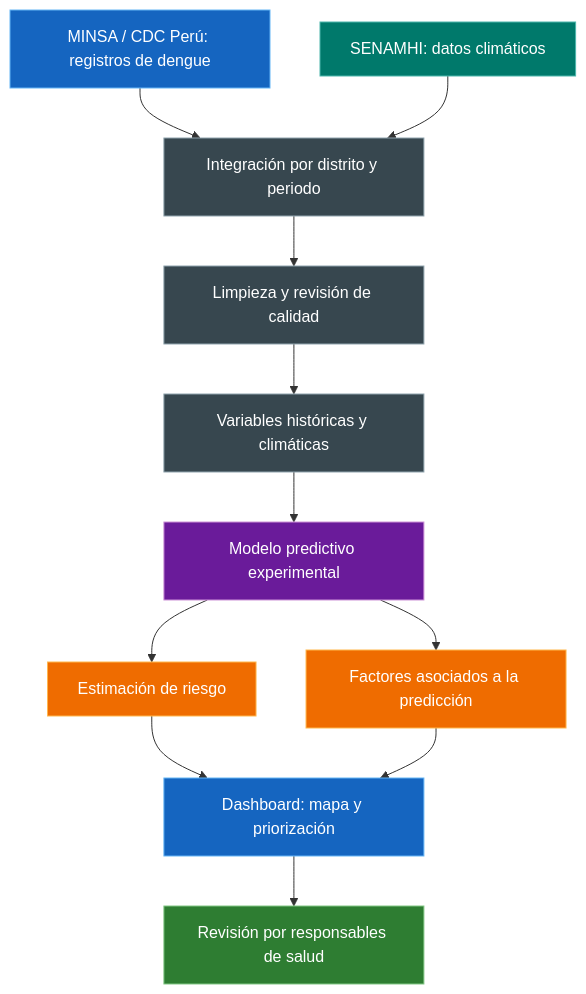
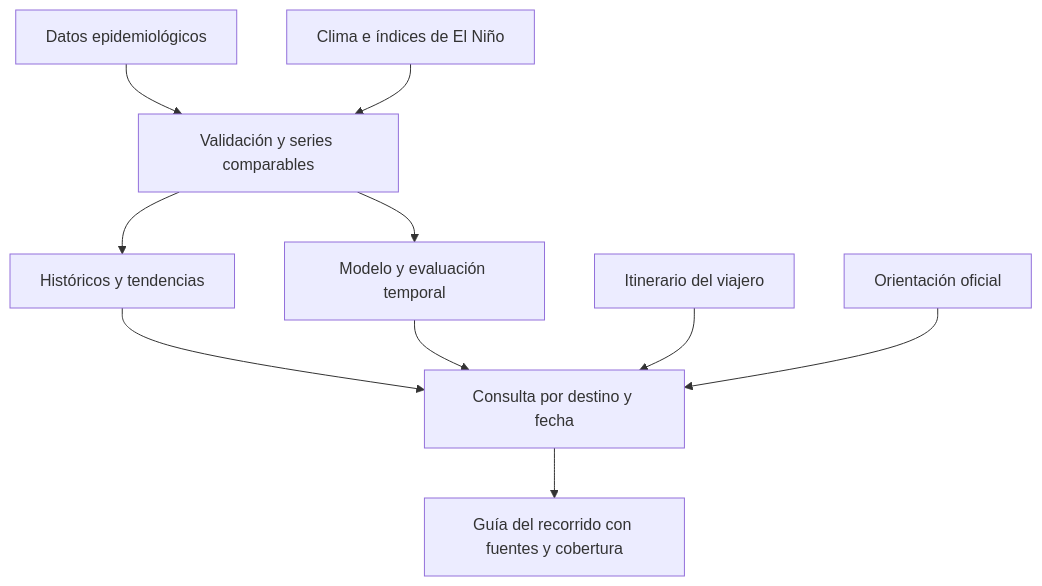
One commit to seale-code/hackaton changed the diagram in README.md. Above: the diagram before and after it, drawn with Mermaid. The commit also changed other lines of this file and 38 other files, not shown here.

Commit message:
docs: reorientar hackatón a guía del viajero en Sudamérica

````diff
--- a/README.md
+++ b/README.md
@@ -112,28 +52,12 @@
 ```mermaid
 flowchart TD
-    A["MINSA / CDC Perú: registros de dengue"] --> C["Integración por distrito y periodo"]
-    B["SENAMHI: datos climáticos"] --> C
-
-    C --> D["Limpieza y revisión de calidad"]
-    D --> E["Variables históricas y climáticas"]
-    E --> F["Modelo predictivo experimental"]
-
-    F --> G["Estimación de riesgo"]
-    F --> H["Factores asociados a la predicción"]
-
-    G --> I["Dashboard: mapa y priorización"]
-    H --> I
-
-    I --> J["Revisión por responsables de salud"]
-
-    style A fill:#1565C0,color:#fff,stroke:#64B5F6
-    style B fill:#00796B,color:#fff,stroke:#4DB6AC
-    style C fill:#37474F,color:#fff,stroke:#90A4AE
-    style D fill:#37474F,color:#fff,stroke:#90A4AE
-    style E fill:#37474F,color:#fff,stroke:#90A4AE
-    style F fill:#6A1B9A,color:#fff,stroke:#CE93D8
-    style G fill:#EF6C00,color:#fff,stroke:#FFB74D
-    style H fill:#EF6C00,color:#fff,stroke:#FFB74D
-    style I fill:#1565C0,color:#fff,stroke:#64B5F6
-    style J fill:#2E7D32,color:#fff,stroke:#81C784
+    A["Datos epidemiológicos"] --> D["Validación y series comparables"]
+    B["Clima e índices de El Niño"] --> D
+    D --> E["Históricos y tendencias"]
+    D --> F["Modelo y evaluación temporal"]
+    E --> G["Consulta por destino y fecha"]
+    F --> G
+    H["Itinerario del viajero"] --> G
+    I["Orientación oficial"] --> G
+    G --> J["Guía del recorrido con fuentes y cobertura"]
 ```
````
